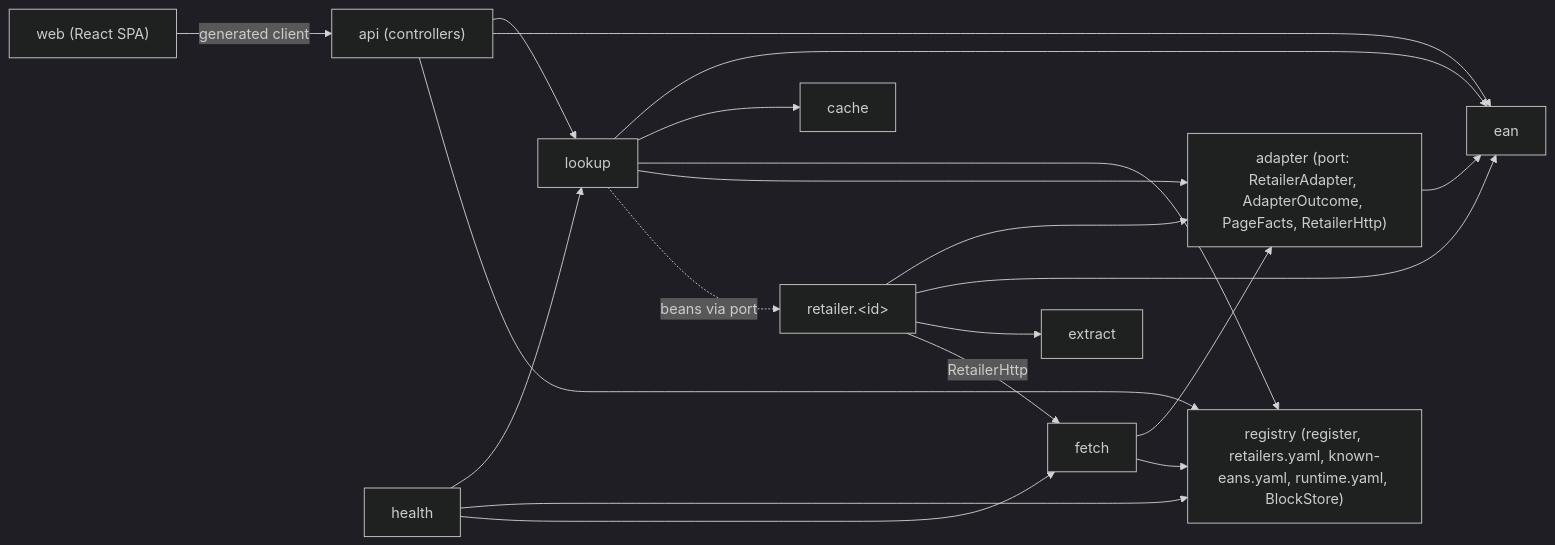
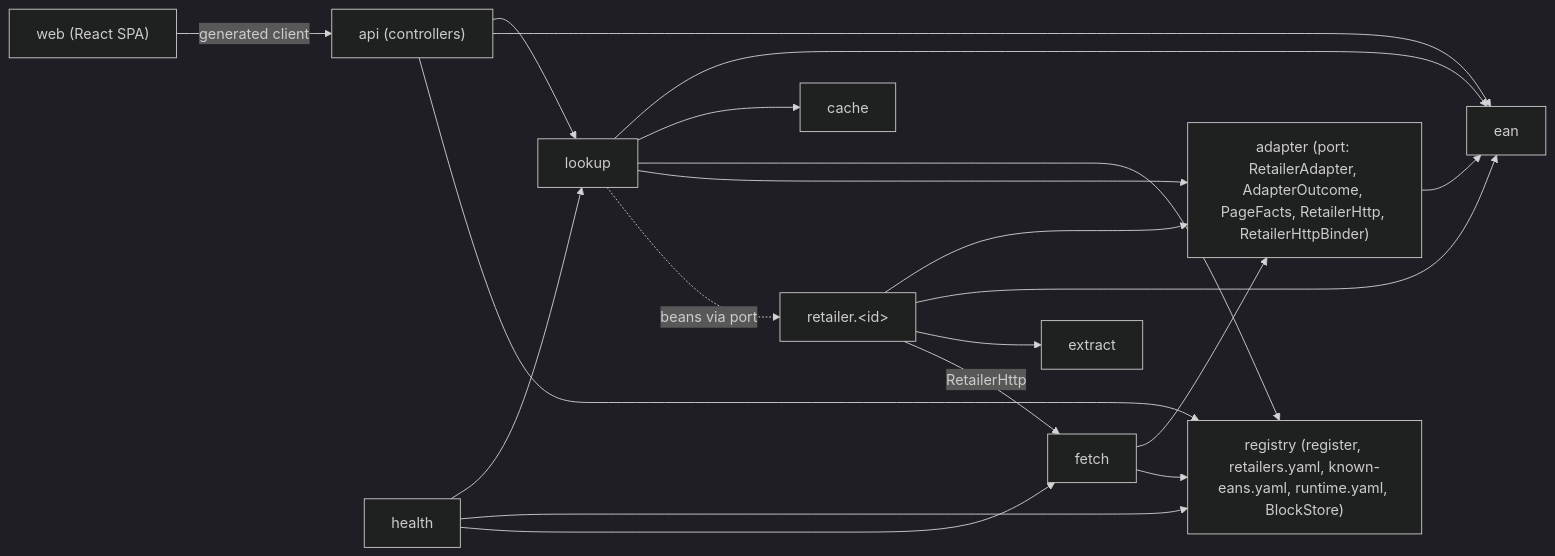
Before and after one commit to fsd-multiagent/price-checker: the first of 3 diagrams in _bmad-output/planning-artifacts/architecture/architecture-price-checker-2026-11-17/ARCHITECTURE-SPINE.md, drawn with Mermaid (dark theme). The commit also changed other lines of this file and 1 other file, not shown here.

Commit message:
sdlc(20261118-215658-story): learn:0-102-wire-the-shared-fetch-client-into (#108)
* sdlc(20261118-215658-story): learn:0-102-wire-the-shared-fetch-client-into/keeper r1

* sdlc(20261118-215658-story): learn:0-102-wire-the-shared-fetch-client-into/sprint_status r1

---------

````diff
--- a/_bmad-output/planning-artifacts/architecture/architecture-price-checker-2026-11-17/ARCHITECTURE-SPINE.md
+++ b/_bmad-output/planning-artifacts/architecture/architecture-price-checker-2026-11-17/ARCHITECTURE-SPINE.md
@@ -31,23 +31,23 @@
 ```mermaid
 flowchart LR
   web["web (React SPA)"] -->|generated client| api
   api["api (controllers)"] --> lookup
   api --> ean
   api --> registry
   lookup --> ean
   lookup --> cache
   lookup --> registry
-  lookup --> adapter["adapter (port: RetailerAdapter, AdapterOutcome, PageFacts, RetailerHttp)"]
+  lookup --> adapter["adapter (port: RetailerAdapter, AdapterOutcome, PageFacts, RetailerHttp, RetailerHttpBinder)"]
   lookup -.->|beans via port| retailerX["retailer.&lt;id&gt;"]
   retailerX --> adapter
   retailerX --> ean
   retailerX --> extract
   adapter --> ean
   fetch --> adapter
   retailerX -->|RetailerHttp| fetch
   fetch --> registry
   health --> lookup
   health --> registry
   health --> fetch
   registry["registry (register, retailers.yaml, known-eans.yaml, runtime.yaml, BlockStore)"]
 ```
````
